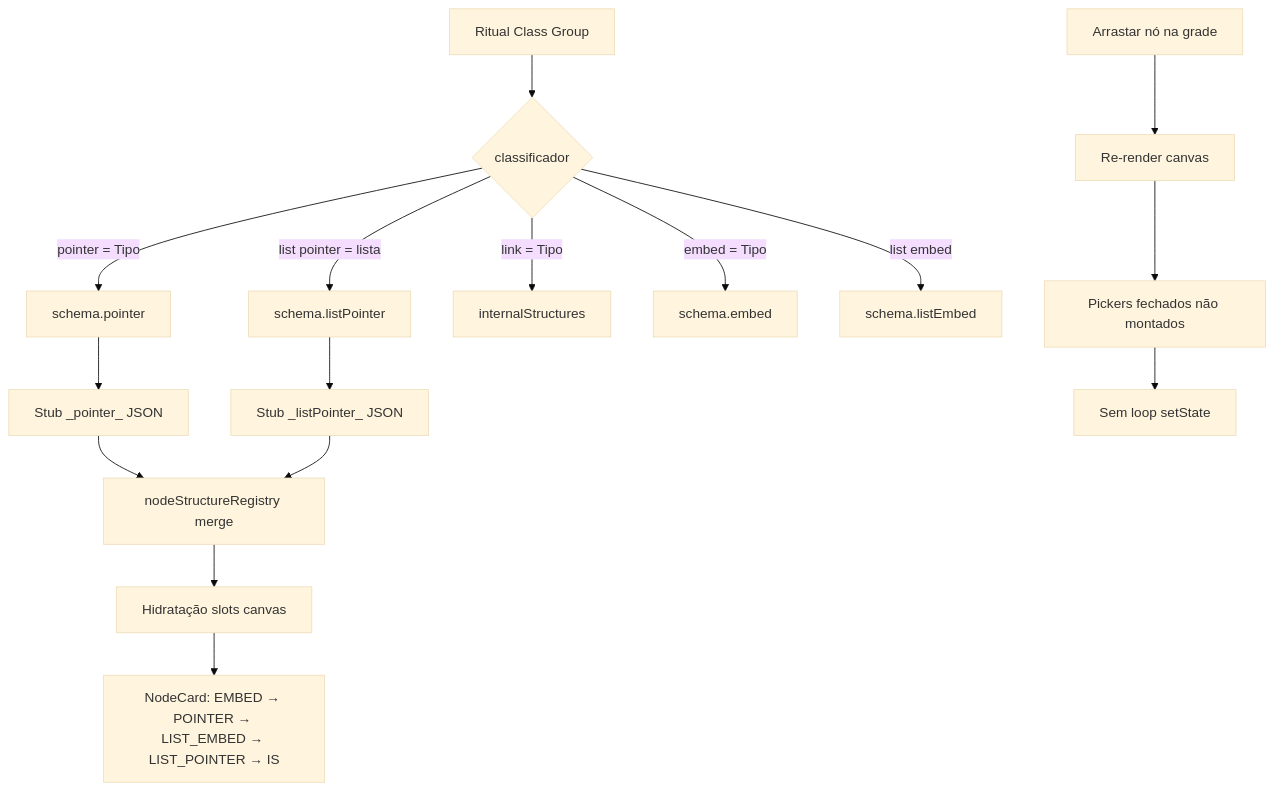
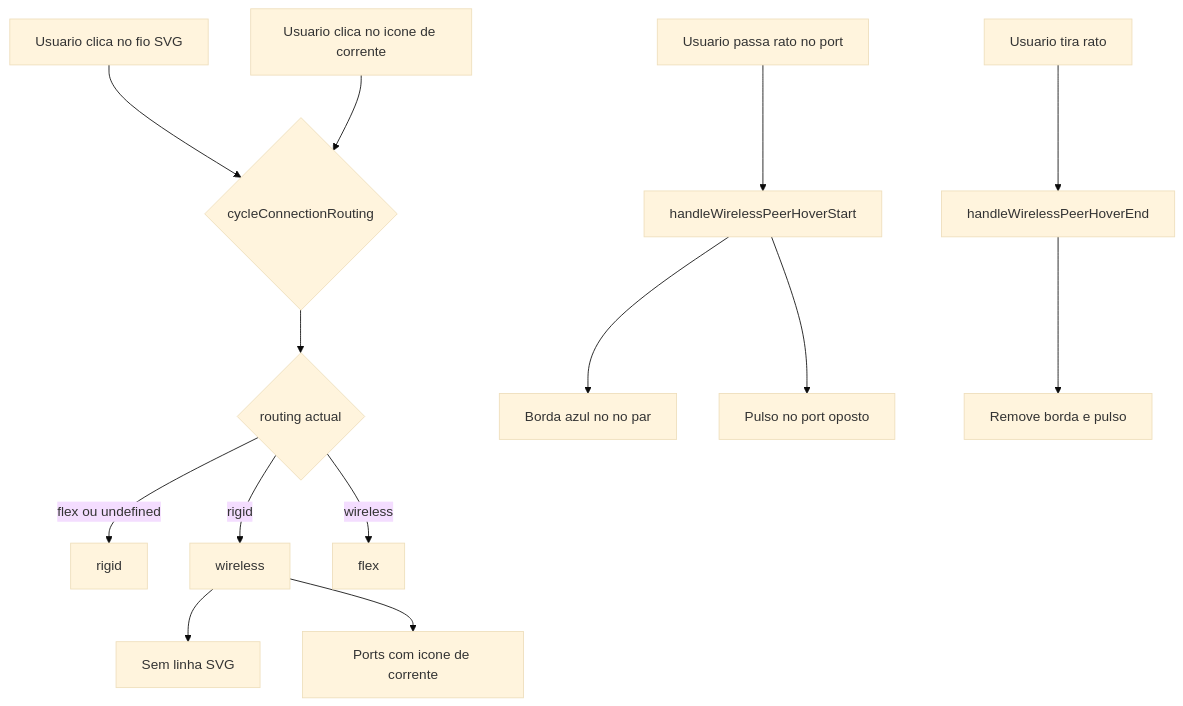
One commit to JunioCesar96/Node-Graphs-League-of-Legends changed the first of 2 diagrams in README.md. Above: the diagram before and after it, drawn with Mermaid (base theme). The commit also changed other lines of this file and 27 other files, not shown here.

Commit message:
feat: ligação sem fio como terceiro modo de roteamento no grafo

````diff
--- a/README.md
+++ b/README.md
@@ -31,18 +29,16 @@
 ```mermaid
 graph TD
-  A[Ritual Class Group] --> B{classificador}
-  B -->|pointer = Tipo| C[schema.pointer]
-  B -->|list pointer = lista| D[schema.listPointer]
-  B -->|link = Tipo| E[internalStructures]
-  B -->|embed = Tipo| F[schema.embed]
-  B -->|list embed| G[schema.listEmbed]
-  C --> H[Stub _pointer_ JSON]
-  D --> I[Stub _listPointer_ JSON]
-  H --> J[nodeStructureRegistry merge]
-  I --> J
-  J --> K[Hidratação slots canvas]
-  K --> L[NodeCard: EMBED → POINTER → LIST_EMBED → LIST_POINTER → IS]
-  M[Arrastar nó na grade] --> N[Re-render canvas]
-  N --> O[Pickers fechados não montados]
-  O --> P[Sem loop setState]
+  A[Usuario clica no fio SVG] --> B{cycleConnectionRouting}
+  C[Usuario clica no icone de corrente] --> B
+  B --> D{routing actual}
+  D -->|flex ou undefined| E[rigid]
+  D -->|rigid| F[wireless]
+  D -->|wireless| G[flex]
+  F --> H[Sem linha SVG]
+  F --> I[Ports com icone de corrente]
+  J[Usuario passa rato no port] --> K[handleWirelessPeerHoverStart]
+  K --> L[Borda azul no no par]
+  K --> M[Pulso no port oposto]
+  N[Usuario tira rato] --> O[handleWirelessPeerHoverEnd]
+  O --> P[Remove borda e pulso]
 ```
````
